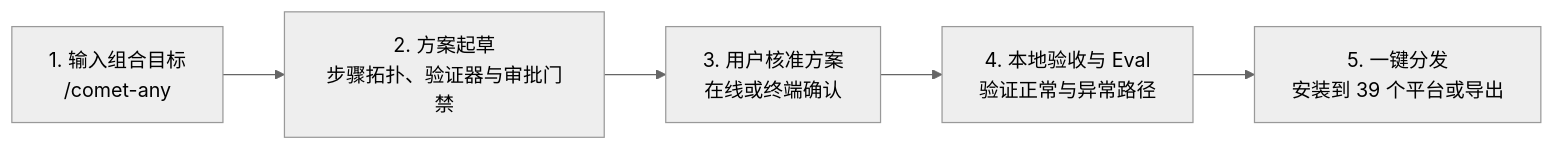
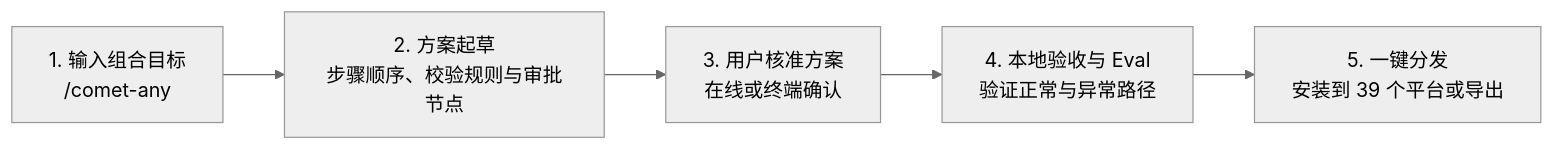
Before and after one commit to rpamis/comet-website-docs: the diagram in zh/skill-creator/getting-started.mdx, drawn with Mermaid (neutral theme). The commit also changed other lines of this file and 17 other files, not shown here.

Commit message:
docs(comet-any): polish zh docs and sync application distribute command

````diff
--- a/zh/skill-creator/getting-started.mdx
+++ b/zh/skill-creator/getting-started.mdx
@@ -10,7 +10,7 @@
 ```mermaid
 flowchart LR
-  U["1. 输入组合目标<br/>/comet-any"] --> P["2. 方案起草<br/>步骤拓扑、验证器与审批门禁"]
+  U["1. 输入组合目标<br/>/comet-any"] --> P["2. 方案起草<br/>步骤顺序、校验规则与审批节点"]
   P --> C["3. 用户核准方案<br/>在线或终端确认"]
   C --> T["4. 本地验收与 Eval<br/>验证正常与异常路径"]
   T --> D["5. 一键分发<br/>安装到 39 个平台或导出"]
 ```
````
